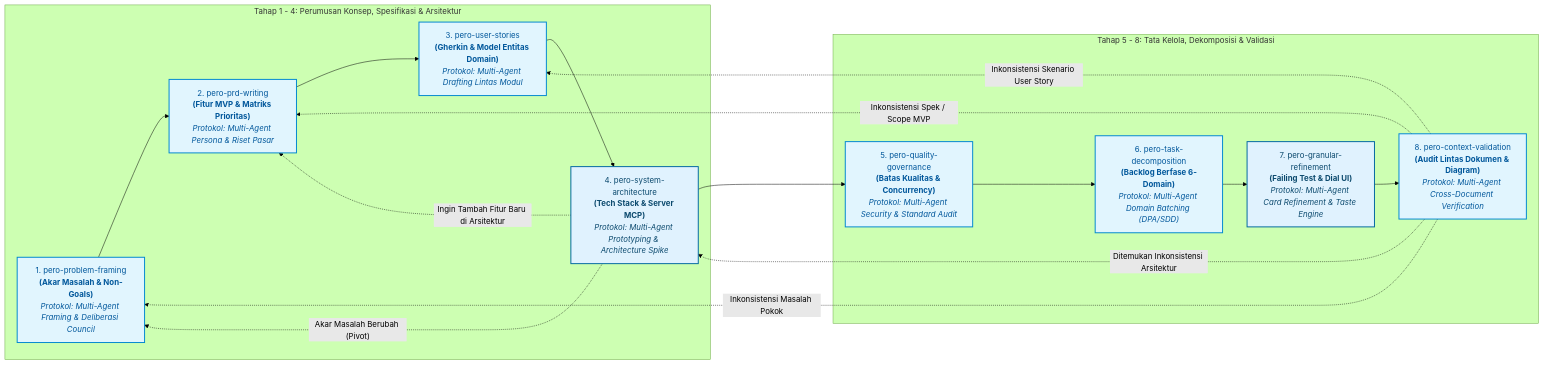
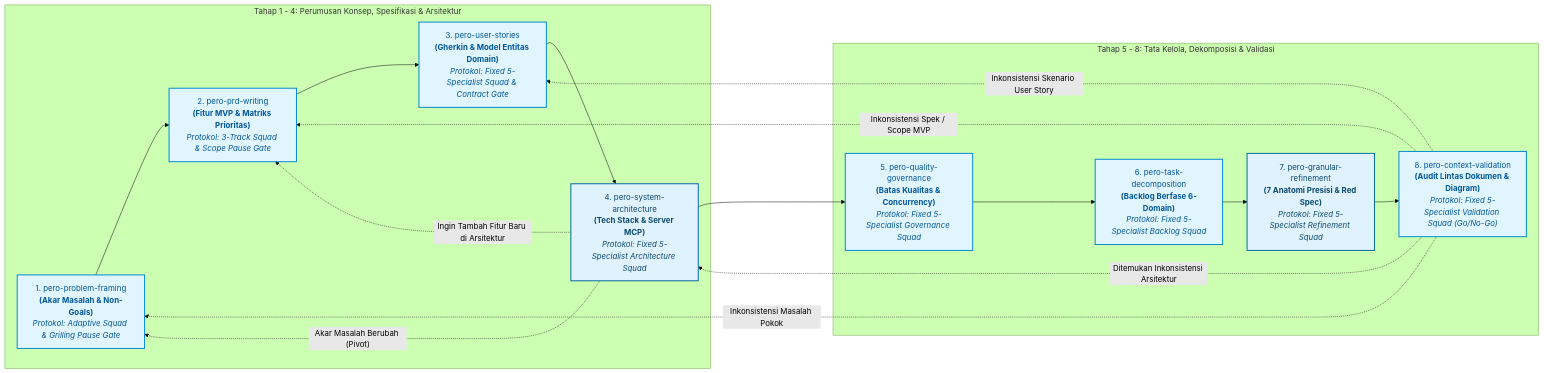
One commit to okyFaishal/pero-agent-skills changed the third of 4 diagrams in README.md. Above: the diagram before and after it, drawn with Mermaid (forest theme). The commit also changed other lines of this file and 12 other files, not shown here.

````diff
--- a/README.md
+++ b/README.md
@@ -289,39 +301,39 @@
 ```mermaid
 flowchart LR
     %% STYLING
     classDef stage fill:#e1f5fe,stroke:#0288d1,stroke-width:2px,color:#01579b;
     classDef highlight fill:#e0f2fe,stroke:#0369a1,stroke-width:2px,color:#0c4a6e;
 
     subgraph PHASE1 ["Tahap 1 - 4: Perumusan Konsep, Spesifikasi & Arsitektur"]
-        P1["1. pero-problem-framing<br/><b>(Akar Masalah & Non-Goals)</b><br/><i>Protokol: Multi-Agent Framing & Deliberasi Council</i>"]:::stage
-        P2["2. pero-prd-writing<br/><b>(Fitur MVP & Matriks Prioritas)</b><br/><i>Protokol: Multi-Agent Persona & Riset Pasar</i>"]:::stage
-        P3["3. pero-user-stories<br/><b>(Gherkin & Model Entitas Domain)</b><br/><i>Protokol: Multi-Agent Drafting Lintas Modul</i>"]:::stage
-        P4["4. pero-system-architecture<br/><b>(Tech Stack & Server MCP)</b><br/><i>Protokol: Multi-Agent Prototyping & Architecture Spike</i>"]:::highlight
+        P1["1. pero-problem-framing<br/><b>(Akar Masalah & Non-Goals)</b><br/><i>Protokol: Adaptive Squad & Grilling Pause Gate</i>"]:::stage
+        P2["2. pero-prd-writing<br/><b>(Fitur MVP & Matriks Prioritas)</b><br/><i>Protokol: 3-Track Squad & Scope Pause Gate</i>"]:::stage
+        P3["3. pero-user-stories<br/><b>(Gherkin & Model Entitas Domain)</b><br/><i>Protokol: Fixed 5-Specialist Squad & Contract Gate</i>"]:::stage
+        P4["4. pero-system-architecture<br/><b>(Tech Stack & Server MCP)</b><br/><i>Protokol: Fixed 5-Specialist Architecture Squad</i>"]:::highlight
 
         P1 --> P2
         P2 --> P3
         P3 --> P4
     end
 
     subgraph PHASE2 ["Tahap 5 - 8: Tata Kelola, Dekomposisi & Validasi"]
-        P5["5. pero-quality-governance<br/><b>(Batas Kualitas & Concurrency)</b><br/><i>Protokol: Multi-Agent Security & Standard Audit</i>"]:::stage
-        P6["6. pero-task-decomposition<br/><b>(Backlog Berfase 6-Domain)</b><br/><i>Protokol: Multi-Agent Domain Batching (DPA/SDD)</i>"]:::stage
-        P7["7. pero-granular-refinement<br/><b>(Failing Test & Dial UI)</b><br/><i>Protokol: Multi-Agent Card Refinement & Taste Engine</i>"]:::highlight
-        P8["8. pero-context-validation<br/><b>(Audit Lintas Dokumen & Diagram)</b><br/><i>Protokol: Multi-Agent Cross-Document Verification</i>"]:::stage
+        P5["5. pero-quality-governance<br/><b>(Batas Kualitas & Concurrency)</b><br/><i>Protokol: Fixed 5-Specialist Governance Squad</i>"]:::stage
+        P6["6. pero-task-decomposition<br/><b>(Backlog Berfase 6-Domain)</b><br/><i>Protokol: Fixed 5-Specialist Backlog Squad</i>"]:::stage
+        P7["7. pero-granular-refinement<br/><b>(7 Anatomi Presisi & Red Spec)</b><br/><i>Protokol: Fixed 5-Specialist Refinement Squad</i>"]:::highlight
+        P8["8. pero-context-validation<br/><b>(Audit Lintas Dokumen & Diagram)</b><br/><i>Protokol: Fixed 5-Specialist Validation Squad (Go/No-Go)</i>"]:::stage
 
         P5 --> P6
         P6 --> P7
         P7 --> P8
     end
 
     %% Pipeline Inter-Phase Connection
     P4 --> P5
 
     %% Feedback loops
     P4 -.->|"Ingin Tambah Fitur Baru di Arsitektur"| P2
     P4 -.->|"Akar Masalah Berubah (Pivot)"| P1
     P8 -.->|"Ditemukan Inkonsistensi Arsitektur"| P4
     P8 -.->|"Inkonsistensi Spek / Scope MVP"| P2
     P8 -.->|"Inkonsistensi Masalah Pokok"| P1
     P8 -.->|"Inkonsistensi Skenario User Story"| P3
 ```
````
